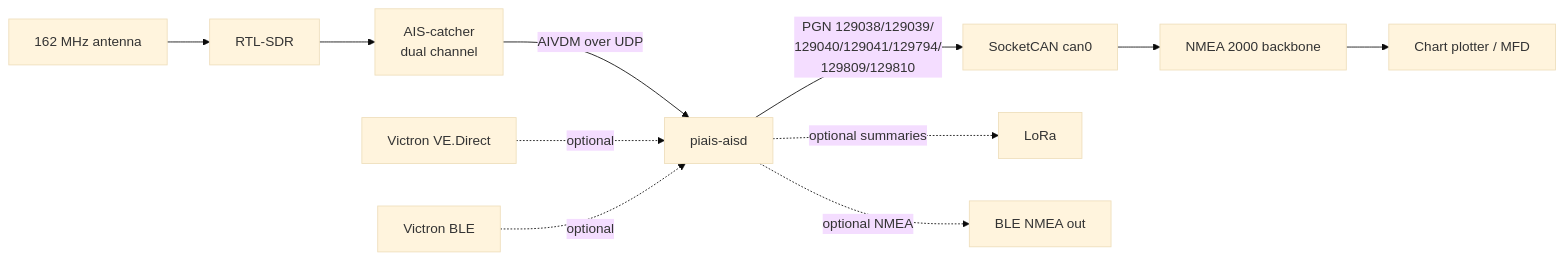
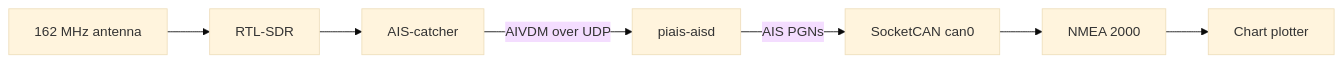
The diagram in README.md (wkipling/piais), drawn with Mermaid (base theme) before and after one commit. The commit also changed other lines of this file and 1 other file, not shown here.

First line of the commit message:
Simplify the README around the AIS path

````diff
--- a/README.md
+++ b/README.md
@@ -52,13 +27,9 @@
 ```mermaid
 flowchart LR
     ANT[162 MHz antenna] --> SDR[RTL-SDR]
-    SDR --> CAT[AIS-catcher<br/>dual channel]
+    SDR --> CAT[AIS-catcher]
     CAT -->|AIVDM over UDP| DAEMON[piais-aisd]
-    DAEMON -->|PGN 129038/129039/<br/>129040/129041/129794/<br/>129809/129810| CAN[SocketCAN can0]
-    CAN --> N2K[NMEA 2000 backbone]
-    VIC[Victron VE.Direct] -.->|optional| DAEMON
-    VBT[Victron BLE] -.->|optional| DAEMON
-    N2K --> PLOT[Chart plotter / MFD]
-    DAEMON -.->|optional summaries| LORA[LoRa]
-    DAEMON -.->|optional NMEA| BLEOUT[BLE NMEA out]
+    DAEMON -->|AIS PGNs| CAN[SocketCAN can0]
+    CAN --> N2K[NMEA 2000]
+    N2K --> PLOT[Chart plotter]
 ```
````
